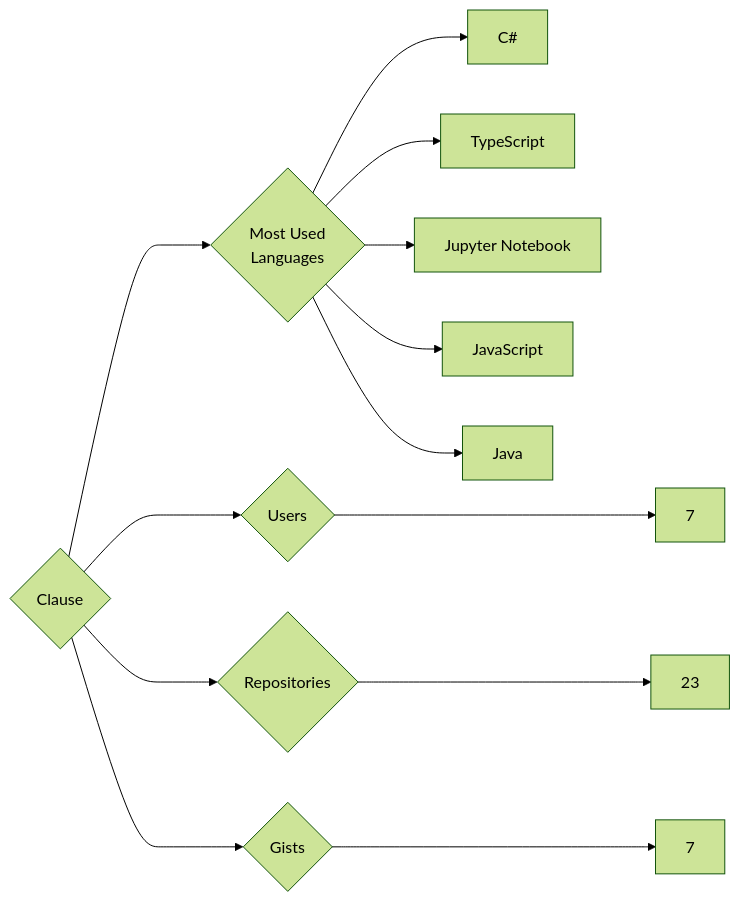
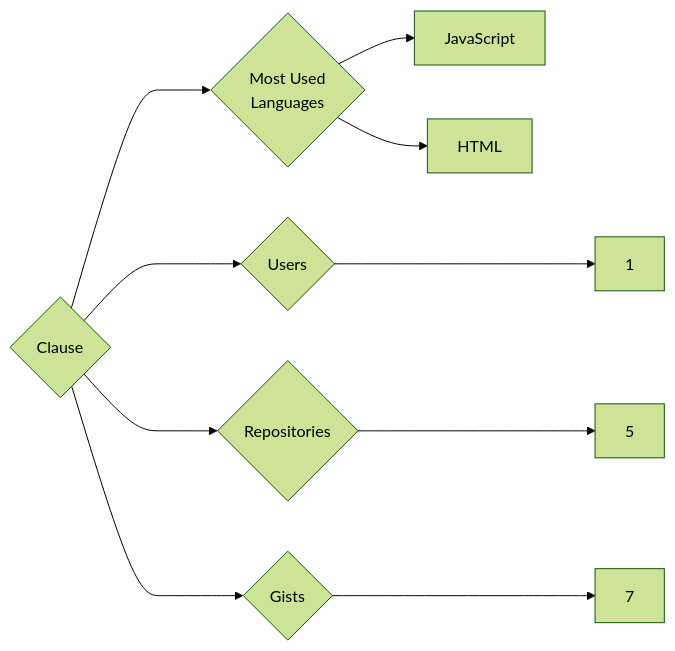
Before and after one commit to trickest/insiders: the diagram in targets/Clause/README.md, drawn with Mermaid (forest theme). The commit also changed 723 other files, not shown here.

````diff
--- a/targets/Clause/README.md
+++ b/targets/Clause/README.md
@@ -3,13 +3,10 @@
 ```mermaid
 graph LR
 COMPANY_NAME{Clause}
-COMPANY_NAME ---> U{Users} ---> UN[7]
-COMPANY_NAME ---> R{Repositories} ---> RN[23]
+COMPANY_NAME ---> U{Users} ---> UN[1]
+COMPANY_NAME ---> R{Repositories} ---> RN[5]
 COMPANY_NAME ---> G{Gists} ---> GN[7]
 COMPANY_NAME ---> ML{Most Used<br>Languages}
-ML --> C#[C#]
-ML --> TypeScript[TypeScript]
-ML --> Jupyter_Notebook[Jupyter Notebook]
 ML --> JavaScript[JavaScript]
-ML --> Java[Java]
+ML --> HTML[HTML]
 ```
````
